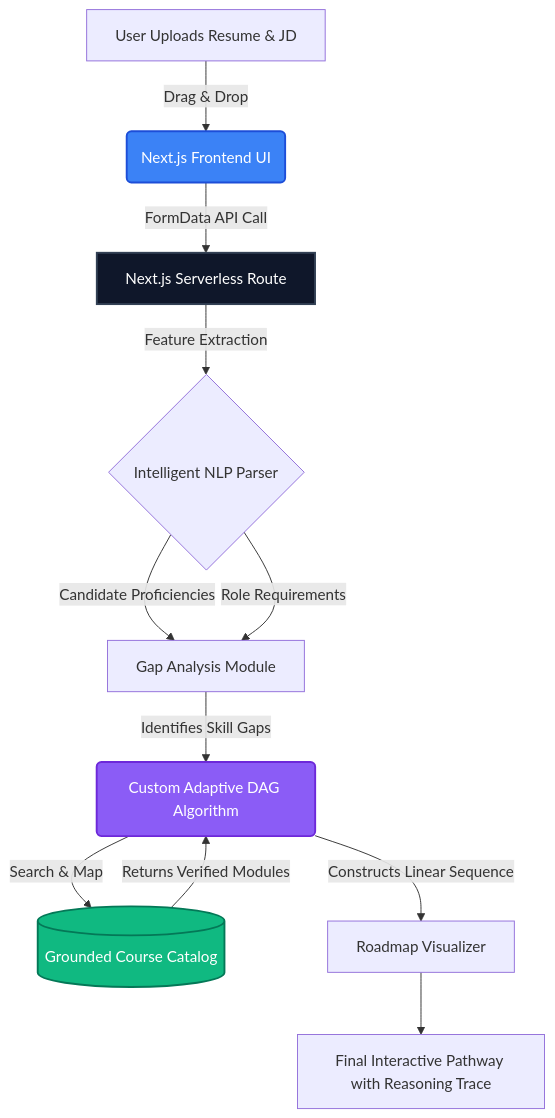
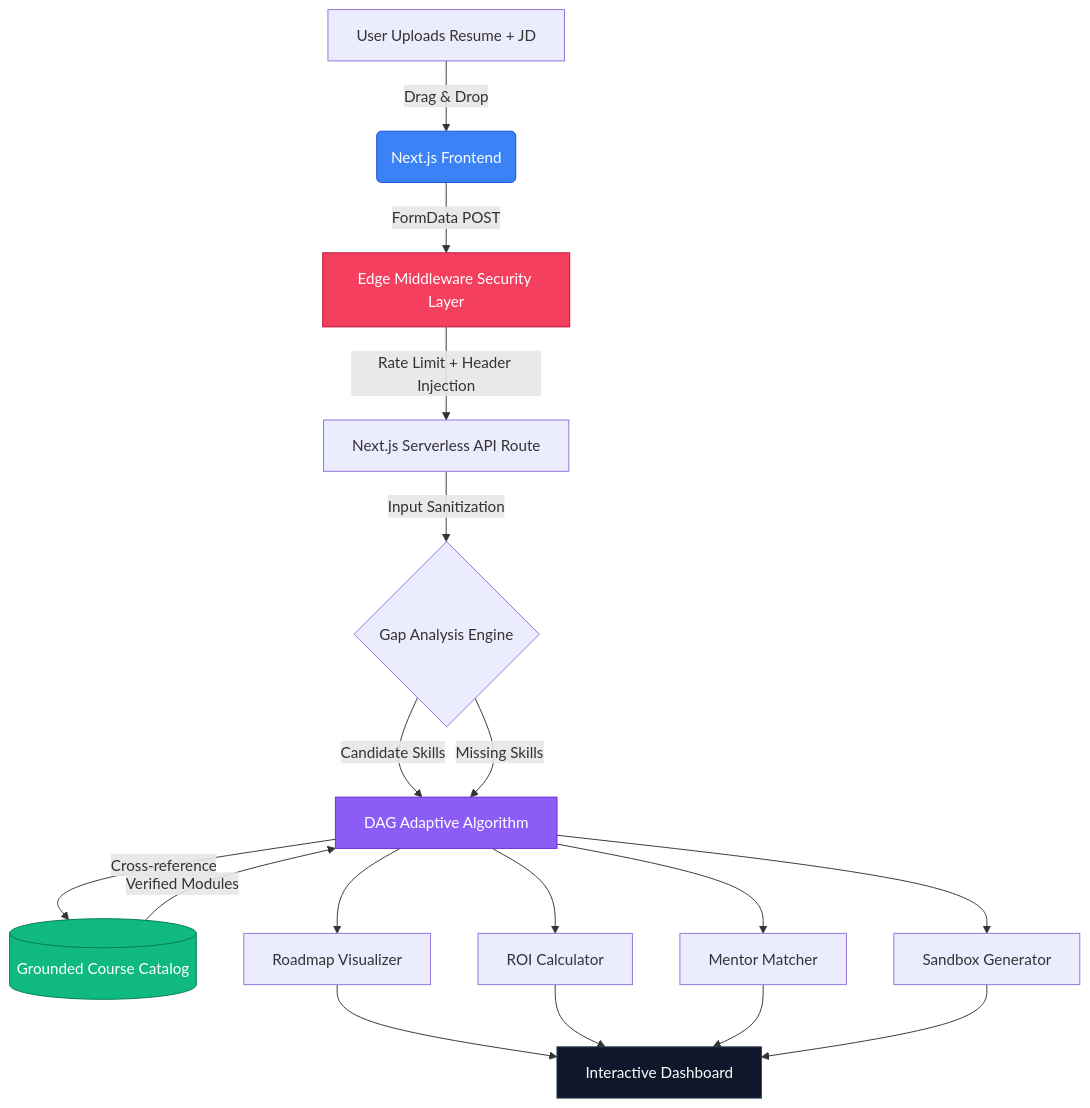
The first of 3 diagrams in README.md (a-zax/ArtPark_team_monikabhati2005), drawn with Mermaid before and after one commit. The commit also changed other lines of this file, not shown here.

````diff
--- a/README.md
+++ b/README.md
@@ -22,21 +28,22 @@
 ```mermaid
 graph TD
-    A[User Uploads Resume & JD] -->|Drag & Drop| B(Next.js Frontend UI)
-    B -->|FormData API Call| C[Next.js Serverless Route]
-    C -->|Feature Extraction| D{Intelligent NLP Parser}
-    
-    D -->|Candidate Proficiencies| E[Gap Analysis Module]
-    D -->|Role Requirements| E
-    
-    E -->|Identifies Skill Gaps| F(Custom Adaptive DAG Algorithm)
-    F -->|Search & Map| G[(Grounded Course Catalog)]
-    G -->|Returns Verified Modules| F
-    
-    F -->|Constructs Linear Sequence| H[Roadmap Visualizer]
-    H --> I[Final Interactive Pathway with Reasoning Trace]
-    
-    style B fill:#3b82f6,stroke:#1d4ed8,stroke-width:2px,color:#fff
-    style C fill:#0f172a,stroke:#334155,stroke-width:2px,color:#fff
-    style F fill:#8b5cf6,stroke:#6d28d9,stroke-width:2px,color:#fff
-    style G fill:#10b981,stroke:#047857,stroke-width:2px,color:#fff
+    A[User Uploads Resume + JD] -->|Drag & Drop| B(Next.js Frontend)
+    B -->|FormData POST| C[Edge Middleware Security Layer]
+    C -->|Rate Limit + Header Injection| D[Next.js Serverless API Route]
+    D -->|Input Sanitization| E{Gap Analysis Engine}
+    E -->|Candidate Skills| F[DAG Adaptive Algorithm]
+    E -->|Missing Skills| F
+    F -->|Cross-reference| G[(Grounded Course Catalog)]
+    G -->|Verified Modules| F
+    F --> H[Roadmap Visualizer]
+    F --> I[ROI Calculator]
+    F --> J[Mentor Matcher]
+    F --> K[Sandbox Generator]
+    H & I & J & K --> L[Interactive Dashboard]
+
+    style B fill:#3b82f6,stroke:#1d4ed8,color:#fff
+    style C fill:#f43f5e,stroke:#be123c,color:#fff
+    style F fill:#8b5cf6,stroke:#6d28d9,color:#fff
+    style G fill:#10b981,stroke:#047857,color:#fff
+    style L fill:#0f172a,stroke:#334155,color:#fff
 ```
````
